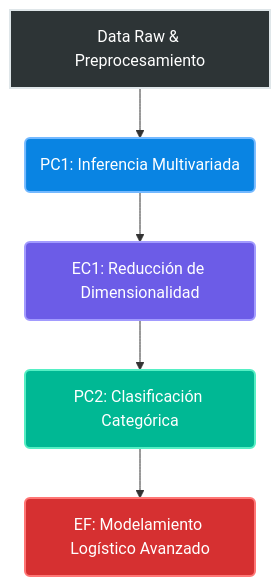
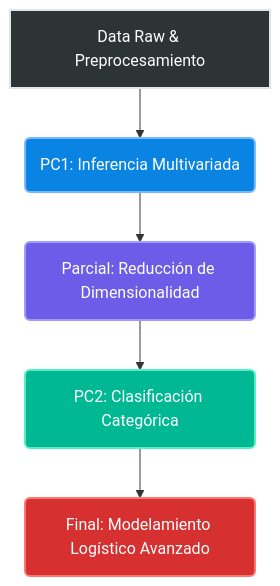
Before and after one commit to joseluis02678/Applied-Multivariate-Analysis: the diagram in README.md, drawn with Mermaid. The commit also changed other lines of this file, not shown here.

````diff
--- a/README.md
+++ b/README.md
@@ -32,13 +41,13 @@
 ```mermaid
 graph TD
     A[Data Raw & Preprocesamiento] --> B(PC1: Inferencia Multivariada)
-    B --> C(EC1: Reducción de Dimensionalidad)
+    B --> C(Parcial: Reducción de Dimensionalidad)
     C --> D(PC2: Clasificación Categórica)
-    D --> E(EF: Modelamiento Logístico Avanzado)
+    D --> E(Final: Modelamiento Logístico Avanzado)
     
     style A fill:#2d3436,stroke:#dfe6e9,stroke-width:2px,color:#fff
     style B fill:#0984e3,stroke:#74b9ff,stroke-width:2px,color:#fff
     style C fill:#6c5ce7,stroke:#a29bfe,stroke-width:2px,color:#fff
     style D fill:#00b894,stroke:#55efc4,stroke-width:2px,color:#fff
     style E fill:#d63031,stroke:#ff7675,stroke-width:2px,color:#fff
 ```
````
